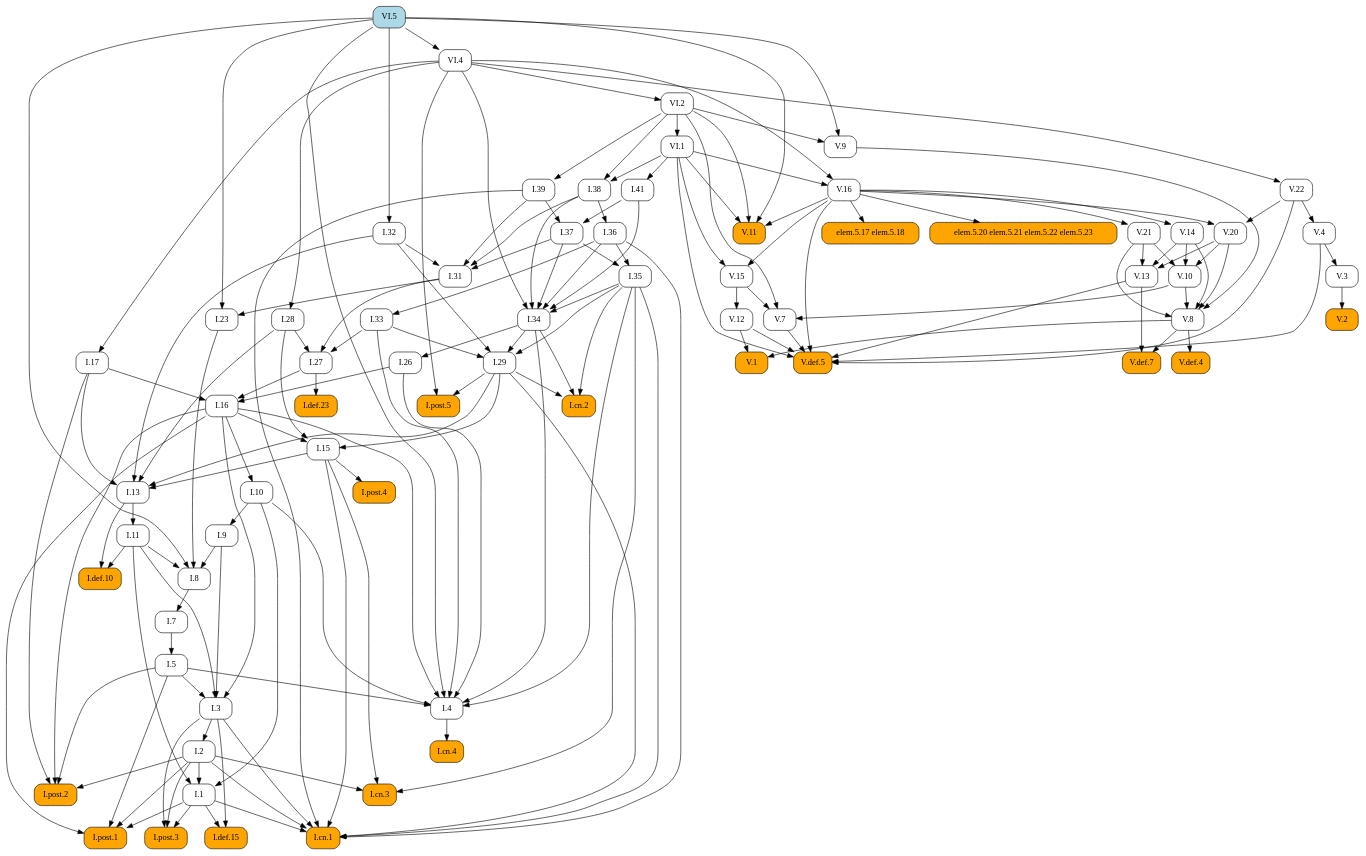
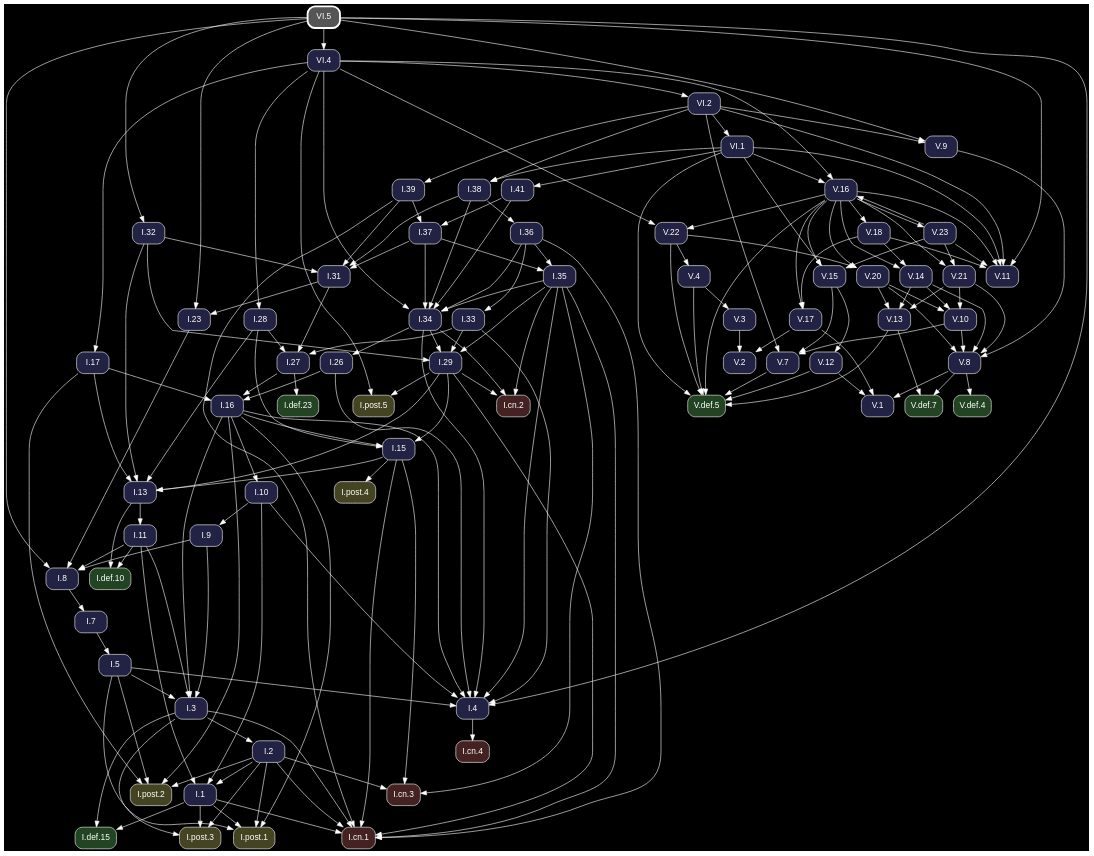
Before and after one commit to geometor/elements: the diagram in docsrc/heath/VI/5/index.rst, drawn with Graphviz. The commit also changed other lines of this file and 1200 other files, not shown here.

Commit message:
update dependency graphs

```diff
--- a/docsrc/heath/VI/5/index.rst
+++ b/docsrc/heath/VI/5/index.rst
@@ -113,132 +113,194 @@
 .. graphviz::
 
    digraph {
+     bgcolor="black";
+     node [shape=box, style="rounded,filled", fontname="Helvetica", color="white", fontcolor="white"];
+     edge [color="white", fontcolor="white"];
      rankdir="TB";
-     node [shape=box, style=rounded];
-     "I.23" [URL="/heath/I/23/", target="_top"];
-     "I.9" [URL="/heath/I/9/", target="_top"];
-     "I.def.15" [style="rounded,filled", fillcolor=orange, URL="/heath/I/def.15/", target="_top"];
-     "V.13" [URL="/heath/V/13/", target="_top"];
-     "V.7" [URL="/heath/V/7/", target="_top"];
-     "elem.5.17 elem.5.18" [style="rounded,filled", fillcolor=orange];
-     "I.post.1" [style="rounded,filled", fillcolor=orange, URL="/heath/I/post.1/", target="_top"];
-     "V.14" [URL="/heath/V/14/", target="_top"];
-     "V.9" [URL="/heath/V/9/", target="_top"];
-     "I.31" [URL="/heath/I/31/", target="_top"];
-     "I.def.10" [style="rounded,filled", fillcolor=orange, URL="/heath/I/def.10/", target="_top"];
-     "V.10" [URL="/heath/V/10/", target="_top"];
-     "V.4" [URL="/heath/V/4/", target="_top"];
-     "VI.1" [URL="/heath/VI/1/", target="_top"];
-     "I.39" [URL="/heath/I/39/", target="_top"];
-     "V.11" [style="rounded,filled", fillcolor=orange, URL="/heath/V/11/", target="_top"];
-     "I.34" [URL="/heath/I/34/", target="_top"];
-     "I.3" [URL="/heath/I/3/", target="_top"];
-     "V.def.4" [style="rounded,filled", fillcolor=orange, URL="/heath/V/def.4/", target="_top"];
-     "V.def.7" [style="rounded,filled", fillcolor=orange, URL="/heath/V/def.7/", target="_top"];
-     "V.21" [URL="/heath/V/21/", target="_top"];
-     "I.2" [URL="/heath/I/2/", target="_top"];
-     "V.3" [URL="/heath/V/3/", target="_top"];
-     "I.13" [URL="/heath/I/13/", target="_top"];
-     "I.post.4" [style="rounded,filled", fillcolor=orange, URL="/heath/I/post.4/", target="_top"];
-     "I.4" [URL="/heath/I/4/", target="_top"];
-     "I.1" [URL="/heath/I/1/", target="_top"];
-     "I.17" [URL="/heath/I/17/", target="_top"];
-     "I.8" [URL="/heath/I/8/", target="_top"];
-     "I.29" [URL="/heath/I/29/", target="_top"];
-     "V.8" [URL="/heath/V/8/", target="_top"];
-     "I.38" [URL="/heath/I/38/", target="_top"];
-     "I.15" [URL="/heath/I/15/", target="_top"];
-     "I.10" [URL="/heath/I/10/", target="_top"];
-     "I.11" [URL="/heath/I/11/", target="_top"];
-     "I.def.23" [style="rounded,filled", fillcolor=orange, URL="/heath/I/def.23/", target="_top"];
-     "VI.4" [URL="/heath/VI/4/", target="_top"];
-     "I.26" [URL="/heath/I/26/", target="_top"];
-     "V.16" [URL="/heath/V/16/", target="_top"];
-     "I.33" [URL="/heath/I/33/", target="_top"];
-     "I.32" [URL="/heath/I/32/", target="_top"];
-     "I.post.3" [style="rounded,filled", fillcolor=orange, URL="/heath/I/post.3/", target="_top"];
-     "V.def.5" [style="rounded,filled", fillcolor=orange, URL="/heath/V/def.5/", target="_top"];
-     "I.27" [URL="/heath/I/27/", target="_top"];
-     "V.20" [URL="/heath/V/20/", target="_top"];
-     "V.12" [URL="/heath/V/12/", target="_top"];
-     "V.2" [style="rounded,filled", fillcolor=orange, URL="/heath/V/2/", target="_top"];
-     "I.cn.1" [style="rounded,filled", fillcolor=orange, URL="/heath/I/cn.1/", target="_top"];
-     "I.35" [URL="/heath/I/35/", target="_top"];
-     "I.7" [URL="/heath/I/7/", target="_top"];
-     "I.36" [URL="/heath/I/36/", target="_top"];
-     "VI.5" [style="rounded,filled", fillcolor=lightblue, URL="/heath/VI/5/", target="_top"];
-     "I.5" [URL="/heath/I/5/", target="_top"];
-     "I.37" [URL="/heath/I/37/", target="_top"];
-     "I.cn.3" [style="rounded,filled", fillcolor=orange, URL="/heath/I/cn.3/", target="_top"];
-     "I.16" [URL="/heath/I/16/", target="_top"];
-     "V.22" [URL="/heath/V/22/", target="_top"];
-     "V.1" [style="rounded,filled", fillcolor=orange, URL="/heath/V/1/", target="_top"];
-     "I.cn.2" [style="rounded,filled", fillcolor=orange, URL="/heath/I/cn.2/", target="_top"];
-     "I.post.5" [style="rounded,filled", fillcolor=orange, URL="/heath/I/post.5/", target="_top"];
-     "I.28" [URL="/heath/I/28/", target="_top"];
-     "I.cn.4" [style="rounded,filled", fillcolor=orange, URL="/heath/I/cn.4/", target="_top"];
-     "VI.2" [URL="/heath/VI/2/", target="_top"];
-     "I.post.2" [style="rounded,filled", fillcolor=orange, URL="/heath/I/post.2/", target="_top"];
-     "V.15" [URL="/heath/V/15/", target="_top"];
-     "I.41" [URL="/heath/I/41/", target="_top"];
-     "elem.5.20 elem.5.21 elem.5.22 elem.5.23" [style="rounded,filled", fillcolor=orange];
-     "I.31" -> "I.23";
-     "VI.5" -> "I.23";
-     "I.10" -> "I.9";
-     "I.1" -> "I.def.15";
-     "I.3" -> "I.def.15";
+     "V.15" [fillcolor="#222244", URL="/heath/V/15/", target="_top"];
+     "I.32" [fillcolor="#222244", URL="/heath/I/32/", target="_top"];
+     "I.cn.1" [fillcolor="#442222", URL="/heath/I/cn.1/", target="_top"];
+     "V.18" [fillcolor="#222244", URL="/heath/V/18/", target="_top"];
+     "V.14" [fillcolor="#222244", URL="/heath/V/14/", target="_top"];
+     "I.28" [fillcolor="#222244", URL="/heath/I/28/", target="_top"];
+     "I.27" [fillcolor="#222244", URL="/heath/I/27/", target="_top"];
+     "V.23" [fillcolor="#222244", URL="/heath/V/23/", target="_top"];
+     "I.2" [fillcolor="#222244", URL="/heath/I/2/", target="_top"];
+     "I.41" [fillcolor="#222244", URL="/heath/I/41/", target="_top"];
+     "I.post.4" [fillcolor="#444422", URL="/heath/I/post.4/", target="_top"];
+     "I.26" [fillcolor="#222244", URL="/heath/I/26/", target="_top"];
+     "I.8" [fillcolor="#222244", URL="/heath/I/8/", target="_top"];
+     "V.4" [fillcolor="#222244", URL="/heath/V/4/", target="_top"];
+     "V.16" [fillcolor="#222244", URL="/heath/V/16/", target="_top"];
+     "VI.2" [fillcolor="#222244", URL="/heath/VI/2/", target="_top"];
+     "I.7" [fillcolor="#222244", URL="/heath/I/7/", target="_top"];
+     "I.5" [fillcolor="#222244", URL="/heath/I/5/", target="_top"];
+     "V.11" [fillcolor="#222244", URL="/heath/V/11/", target="_top"];
+     "V.def.4" [fillcolor="#224422", URL="/heath/V/def.4/", target="_top"];
+     "V.20" [fillcolor="#222244", URL="/heath/V/20/", target="_top"];
+     "I.11" [fillcolor="#222244", URL="/heath/I/11/", target="_top"];
+     "I.37" [fillcolor="#222244", URL="/heath/I/37/", target="_top"];
+     "I.cn.3" [fillcolor="#442222", URL="/heath/I/cn.3/", target="_top"];
+     "I.36" [fillcolor="#222244", URL="/heath/I/36/", target="_top"];
+     "I.38" [fillcolor="#222244", URL="/heath/I/38/", target="_top"];
+     "I.post.2" [fillcolor="#444422", URL="/heath/I/post.2/", target="_top"];
+     "I.def.23" [fillcolor="#224422", URL="/heath/I/def.23/", target="_top"];
+     "I.35" [fillcolor="#222244", URL="/heath/I/35/", target="_top"];
+     "I.post.3" [fillcolor="#444422", URL="/heath/I/post.3/", target="_top"];
+     "V.13" [fillcolor="#222244", URL="/heath/V/13/", target="_top"];
+     "V.8" [fillcolor="#222244", URL="/heath/V/8/", target="_top"];
+     "I.33" [fillcolor="#222244", URL="/heath/I/33/", target="_top"];
+     "V.10" [fillcolor="#222244", URL="/heath/V/10/", target="_top"];
+     "I.17" [fillcolor="#222244", URL="/heath/I/17/", target="_top"];
+     "V.def.5" [fillcolor="#224422", URL="/heath/V/def.5/", target="_top"];
+     "V.22" [fillcolor="#222244", URL="/heath/V/22/", target="_top"];
+     "I.31" [fillcolor="#222244", URL="/heath/I/31/", target="_top"];
+     "I.3" [fillcolor="#222244", URL="/heath/I/3/", target="_top"];
+     "V.12" [fillcolor="#222244", URL="/heath/V/12/", target="_top"];
+     "I.def.10" [fillcolor="#224422", URL="/heath/I/def.10/", target="_top"];
+     "I.15" [fillcolor="#222244", URL="/heath/I/15/", target="_top"];
+     "I.39" [fillcolor="#222244", URL="/heath/I/39/", target="_top"];
+     "I.13" [fillcolor="#222244", URL="/heath/I/13/", target="_top"];
+     "I.cn.2" [fillcolor="#442222", URL="/heath/I/cn.2/", target="_top"];
+     "I.9" [fillcolor="#222244", URL="/heath/I/9/", target="_top"];
+     "I.1" [fillcolor="#222244", URL="/heath/I/1/", target="_top"];
+     "I.post.5" [fillcolor="#444422", URL="/heath/I/post.5/", target="_top"];
+     "I.23" [fillcolor="#222244", URL="/heath/I/23/", target="_top"];
+     "I.4" [fillcolor="#222244", URL="/heath/I/4/", target="_top"];
+     "VI.4" [fillcolor="#222244", URL="/heath/VI/4/", target="_top"];
+     "V.7" [fillcolor="#222244", URL="/heath/V/7/", target="_top"];
+     "V.9" [fillcolor="#222244", URL="/heath/V/9/", target="_top"];
+     "VI.1" [fillcolor="#222244", URL="/heath/VI/1/", target="_top"];
+     "I.10" [fillcolor="#222244", URL="/heath/I/10/", target="_top"];
+     "VI.5" [penwidth=3, color="white", fillcolor="#555555", URL="/heath/VI/5/", target="_top"];
+     "V.def.7" [fillcolor="#224422", URL="/heath/V/def.7/", target="_top"];
+     "I.post.1" [fillcolor="#444422", URL="/heath/I/post.1/", target="_top"];
+     "I.16" [fillcolor="#222244", URL="/heath/I/16/", target="_top"];
+     "I.29" [fillcolor="#222244", URL="/heath/I/29/", target="_top"];
+     "I.cn.4" [fillcolor="#442222", URL="/heath/I/cn.4/", target="_top"];
+     "V.2" [fillcolor="#222244", URL="/heath/V/2/", target="_top"];
+     "V.1" [fillcolor="#222244", URL="/heath/V/1/", target="_top"];
+     "V.21" [fillcolor="#222244", URL="/heath/V/21/", target="_top"];
+     "I.34" [fillcolor="#222244", URL="/heath/I/34/", target="_top"];
+     "I.def.15" [fillcolor="#224422", URL="/heath/I/def.15/", target="_top"];
+     "V.3" [fillcolor="#222244", URL="/heath/V/3/", target="_top"];
+     "V.17" [fillcolor="#222244", URL="/heath/V/17/", target="_top"];
+     "V.16" -> "V.15";
+     "V.23" -> "V.15";
+     "VI.1" -> "V.15";
+     "VI.5" -> "I.32";
+     "I.1" -> "I.cn.1";
+     "I.2" -> "I.cn.1";
+     "I.3" -> "I.cn.1";
+     "I.15" -> "I.cn.1";
+     "I.29" -> "I.cn.1";
+     "I.35" -> "I.cn.1";
+     "I.36" -> "I.cn.1";
+     "I.39" -> "I.cn.1";
+     "V.16" -> "V.18";
+     "V.16" -> "V.14";
+     "V.18" -> "V.14";
+     "VI.4" -> "I.28";
+     "I.28" -> "I.27";
+     "I.31" -> "I.27";
+     "I.33" -> "I.27";
+     "V.16" -> "V.23";
+     "I.3" -> "I.2";
+     "VI.1" -> "I.41";
+     "I.15" -> "I.post.4";
+     "I.34" -> "I.26";
+     "I.9" -> "I.8";
+     "I.11" -> "I.8";
+     "I.23" -> "I.8";
+     "VI.5" -> "I.8";
+     "V.22" -> "V.4";
+     "V.23" -> "V.16";
+     "VI.1" -> "V.16";
+     "VI.4" -> "V.16";
+     "VI.4" -> "VI.2";
+     "I.8" -> "I.7";
+     "I.7" -> "I.5";
+     "V.16" -> "V.11";
+     "V.18" -> "V.11";
+     "V.23" -> "V.11";
+     "VI.1" -> "V.11";
+     "VI.2" -> "V.11";
+     "VI.5" -> "V.11";
+     "V.8" -> "V.def.4";
+     "V.16" -> "V.20";
+     "V.22" -> "V.20";
+     "I.13" -> "I.11";
+     "I.39" -> "I.37";
+     "I.41" -> "I.37";
+     "I.2" -> "I.cn.3";
+     "I.15" -> "I.cn.3";
+     "I.35" -> "I.cn.3";
+     "I.38" -> "I.36";
+     "VI.1" -> "I.38";
+     "VI.2" -> "I.38";
+     "I.2" -> "I.post.2";
+     "I.5" -> "I.post.2";
+     "I.16" -> "I.post.2";
+     "I.17" -> "I.post.2";
+     "I.27" -> "I.def.23";
+     "I.36" -> "I.35";
+     "I.37" -> "I.35";
+     "I.1" -> "I.post.3";
+     "I.2" -> "I.post.3";
+     "I.3" -> "I.post.3";
      "V.14" -> "V.13";
      "V.20" -> "V.13";
      "V.21" -> "V.13";
-     "V.10" -> "V.7";
-     "V.15" -> "V.7";
-     "VI.2" -> "V.7";
-     "V.16" -> "elem.5.17 elem.5.18";
-     "I.1" -> "I.post.1";
-     "I.2" -> "I.post.1";
-     "I.5" -> "I.post.1";
-     "I.16" -> "I.post.1";
-     "V.16" -> "V.14";
-     "VI.2" -> "V.9";
-     "VI.5" -> "V.9";
+     "V.9" -> "V.8";
+     "V.10" -> "V.8";
+     "V.14" -> "V.8";
+     "V.20" -> "V.8";
+     "V.21" -> "V.8";
+     "I.36" -> "I.33";
+     "V.14" -> "V.10";
+     "V.20" -> "V.10";
+     "V.21" -> "V.10";
+     "VI.4" -> "I.17";
+     "V.4" -> "V.def.5";
+     "V.7" -> "V.def.5";
+     "V.12" -> "V.def.5";
+     "V.13" -> "V.def.5";
+     "V.16" -> "V.def.5";
+     "V.22" -> "V.def.5";
+     "VI.1" -> "V.def.5";
+     "V.16" -> "V.22";
+     "VI.4" -> "V.22";
      "I.32" -> "I.31";
      "I.37" -> "I.31";
      "I.38" -> "I.31";
      "I.39" -> "I.31";
-     "I.11" -> "I.def.10";
-     "I.13" -> "I.def.10";
-     "V.14" -> "V.10";
-     "V.20" -> "V.10";
-     "V.21" -> "V.10";
-     "V.22" -> "V.4";
-     "VI.2" -> "VI.1";
-     "VI.2" -> "I.39";
-     "V.16" -> "V.11";
-     "VI.1" -> "V.11";
-     "VI.2" -> "V.11";
-     "VI.5" -> "V.11";
-     "I.35" -> "I.34";
-     "I.36" -> "I.34";
-     "I.37" -> "I.34";
-     "I.38" -> "I.34";
-     "I.41" -> "I.34";
-     "VI.4" -> "I.34";
      "I.5" -> "I.3";
      "I.9" -> "I.3";
      "I.11" -> "I.3";
      "I.16" -> "I.3";
-     "V.8" -> "V.def.4";
-     "V.8" -> "V.def.7";
-     "V.13" -> "V.def.7";
-     "V.16" -> "V.21";
-     "I.3" -> "I.2";
-     "V.4" -> "V.3";
+     "V.15" -> "V.12";
+     "I.11" -> "I.def.10";
+     "I.13" -> "I.def.10";
+     "I.16" -> "I.15";
+     "I.28" -> "I.15";
+     "I.29" -> "I.15";
+     "VI.2" -> "I.39";
      "I.15" -> "I.13";
      "I.17" -> "I.13";
      "I.28" -> "I.13";
      "I.29" -> "I.13";
      "I.32" -> "I.13";
-     "I.15" -> "I.post.4";
+     "I.29" -> "I.cn.2";
+     "I.34" -> "I.cn.2";
+     "I.35" -> "I.cn.2";
+     "I.10" -> "I.9";
+     "I.2" -> "I.1";
+     "I.10" -> "I.1";
+     "I.11" -> "I.1";
+     "I.29" -> "I.post.5";
+     "VI.4" -> "I.post.5";
+     "I.31" -> "I.23";
+     "VI.5" -> "I.23";
      "I.5" -> "I.4";
      "I.10" -> "I.4";
      "I.16" -> "I.4";
@@ -247,92 +309,44 @@
      "I.34" -> "I.4";
      "I.35" -> "I.4";
      "VI.5" -> "I.4";
-     "I.2" -> "I.1";
-     "I.10" -> "I.1";
-     "I.11" -> "I.1";
-     "VI.4" -> "I.17";
-     "I.9" -> "I.8";
-     "I.11" -> "I.8";
-     "I.23" -> "I.8";
-     "VI.5" -> "I.8";
+     "VI.5" -> "VI.4";
+     "V.10" -> "V.7";
+     "V.15" -> "V.7";
+     "VI.2" -> "V.7";
+     "VI.2" -> "V.9";
+     "VI.5" -> "V.9";
+     "VI.2" -> "VI.1";
+     "I.16" -> "I.10";
+     "V.8" -> "V.def.7";
+     "V.13" -> "V.def.7";
+     "I.1" -> "I.post.1";
+     "I.2" -> "I.post.1";
+     "I.5" -> "I.post.1";
+     "I.16" -> "I.post.1";
+     "I.17" -> "I.16";
+     "I.26" -> "I.16";
+     "I.27" -> "I.16";
      "I.32" -> "I.29";
      "I.33" -> "I.29";
      "I.34" -> "I.29";
      "I.35" -> "I.29";
-     "V.9" -> "V.8";
-     "V.10" -> "V.8";
-     "V.14" -> "V.8";
-     "V.20" -> "V.8";
-     "V.21" -> "V.8";
-     "VI.1" -> "I.38";
-     "VI.2" -> "I.38";
-     "I.16" -> "I.15";
-     "I.28" -> "I.15";
-     "I.29" -> "I.15";
-     "I.16" -> "I.10";
-     "I.13" -> "I.11";
-     "I.27" -> "I.def.23";
-     "VI.5" -> "VI.4";
-     "I.34" -> "I.26";
-     "VI.1" -> "V.16";
-     "VI.4" -> "V.16";
-     "I.36" -> "I.33";
-     "VI.5" -> "I.32";
-     "I.1" -> "I.post.3";
-     "I.2" -> "I.post.3";
-     "I.3" -> "I.post.3";
-     "V.4" -> "V.def.5";
-     "V.7" -> "V.def.5";
-     "V.12" -> "V.def.5";
-     "V.13" -> "V.def.5";
-     "V.16" -> "V.def.5";
-     "V.22" -> "V.def.5";
-     "VI.1" -> "V.def.5";
-     "I.28" -> "I.27";
-     "I.31" -> "I.27";
-     "I.33" -> "I.27";
-     "V.16" -> "V.20";
-     "V.22" -> "V.20";
-     "V.15" -> "V.12";
+     "I.4" -> "I.cn.4";
      "V.3" -> "V.2";
-     "I.1" -> "I.cn.1";
-     "I.2" -> "I.cn.1";
-     "I.3" -> "I.cn.1";
-     "I.15" -> "I.cn.1";
-     "I.29" -> "I.cn.1";
-     "I.35" -> "I.cn.1";
-     "I.36" -> "I.cn.1";
-     "I.39" -> "I.cn.1";
-     "I.36" -> "I.35";
-     "I.37" -> "I.35";
-     "I.8" -> "I.7";
-     "I.38" -> "I.36";
-     "I.7" -> "I.5";
-     "I.39" -> "I.37";
-     "I.41" -> "I.37";
-     "I.2" -> "I.cn.3";
-     "I.15" -> "I.cn.3";
-     "I.35" -> "I.cn.3";
-     "I.17" -> "I.16";
-     "I.26" -> "I.16";
-     "I.27" -> "I.16";
-     "VI.4" -> "V.22";
+     "V.17" -> "V.2";
      "V.8" -> "V.1";
      "V.12" -> "V.1";
-     "I.29" -> "I.cn.2";
-     "I.34" -> "I.cn.2";
-     "I.35" -> "I.cn.2";
-     "I.29" -> "I.post.5";
-     "VI.4" -> "I.post.5";
-     "VI.4" -> "I.28";
-     "I.4" -> "I.cn.4";
-     "VI.4" -> "VI.2";
-     "I.2" -> "I.post.2";
-     "I.5" -> "I.post.2";
-     "I.16" -> "I.post.2";
-     "I.17" -> "I.post.2";
-     "V.16" -> "V.15";
-     "VI.1" -> "V.15";
-     "VI.1" -> "I.41";
-     "V.16" -> "elem.5.20 elem.5.21 elem.5.22 elem.5.23";
+     "V.17" -> "V.1";
+     "V.16" -> "V.21";
+     "V.23" -> "V.21";
+     "I.35" -> "I.34";
+     "I.36" -> "I.34";
+     "I.37" -> "I.34";
+     "I.38" -> "I.34";
+     "I.41" -> "I.34";
+     "VI.4" -> "I.34";
+     "I.1" -> "I.def.15";
+     "I.3" -> "I.def.15";
+     "V.4" -> "V.3";
+     "V.16" -> "V.17";
+     "V.18" -> "V.17";
    }
```
